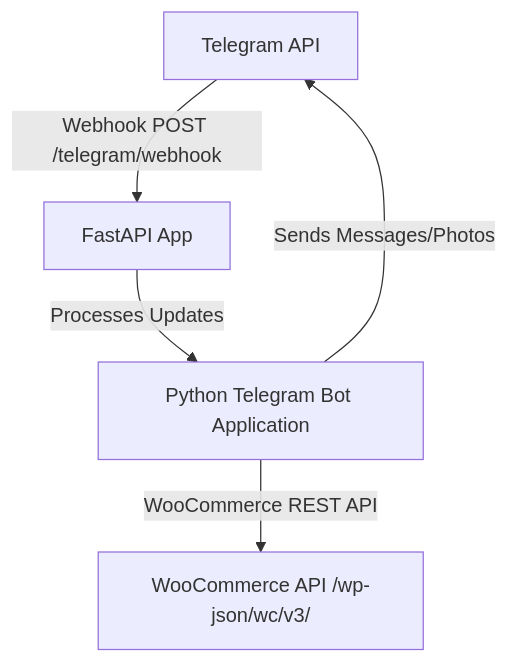
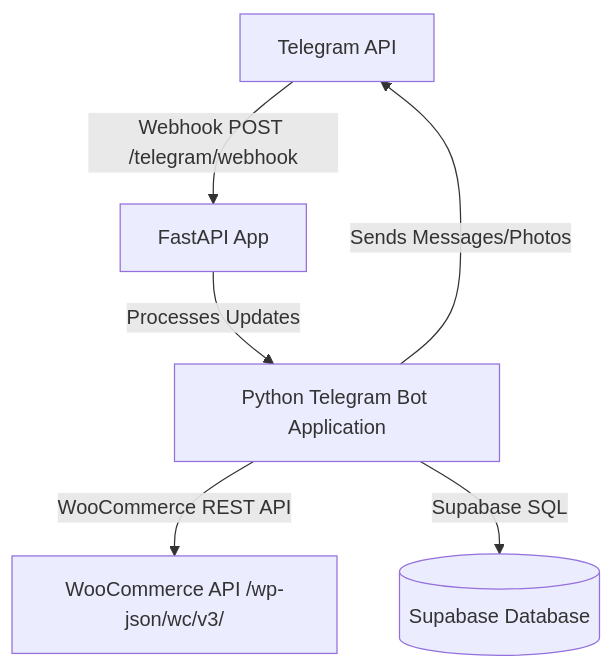
The diagram in SKILL.md (Sajid-ul-Islam/woocom_telegram_bot), drawn with Mermaid before and after one commit. The commit also changed other lines of this file and 2 other files, not shown here.

````diff
--- a/SKILL.md
+++ b/SKILL.md
@@ -8,7 +8,8 @@
 ```mermaid
 graph TD
     Telegram[Telegram API] -->|Webhook POST /telegram/webhook| FastAPI[FastAPI App]
     FastAPI -->|Processes Updates| PTB[Python Telegram Bot Application]
     PTB -->|WooCommerce REST API| Woo[WooCommerce API /wp-json/wc/v3/]
+    PTB -->|Supabase SQL| Supabase[(Supabase Database)]
     PTB -->|Sends Messages/Photos| Telegram
 ```
````
